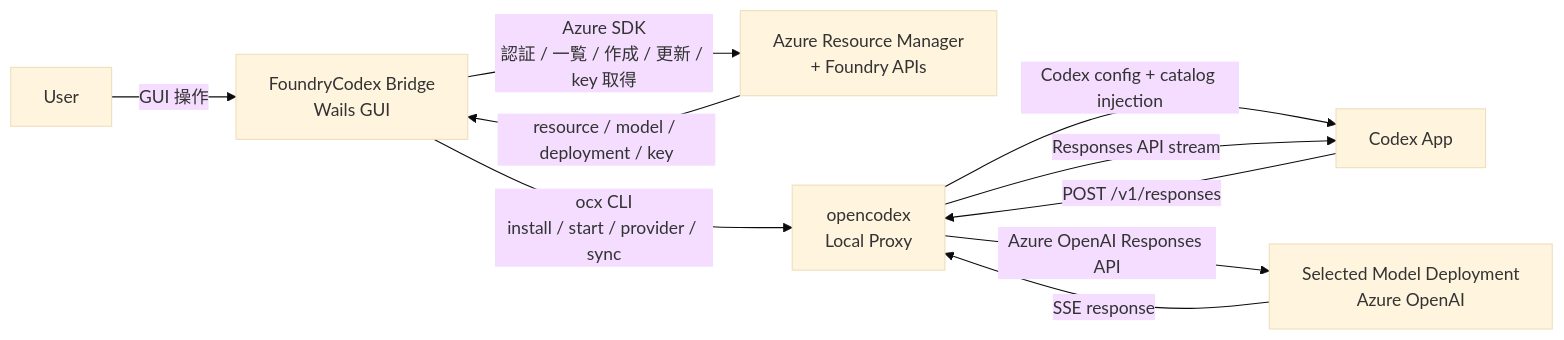
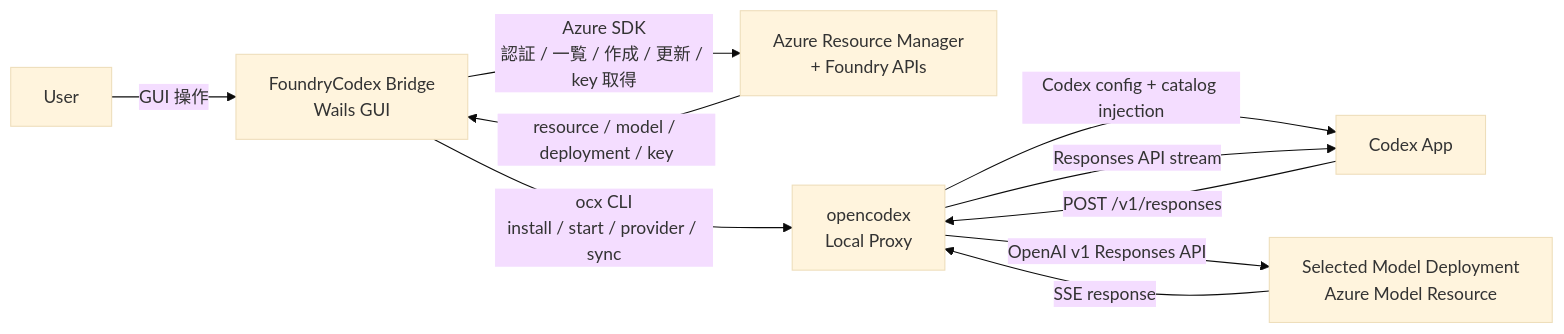
One commit to nuitsjp/foundry-codex-bridge changed the first of 2 diagrams in docs/architecture.md. Above: the diagram before and after it, drawn with Mermaid (base theme). The commit also changed other lines of this file and 47 other files, not shown here.

````diff
--- a/docs/architecture.md
+++ b/docs/architecture.md
@@ -21,22 +28,22 @@
 ```mermaid
 flowchart LR
     user["User"]
     bridge["FoundryCodex Bridge<br/>Wails GUI"]
     azure["Azure Resource Manager<br/>+ Foundry APIs"]
     ocx["opencodex<br/>Local Proxy"]
     codex["Codex App"]
-    deployment["Selected Model Deployment<br/>Azure OpenAI"]
+    deployment["Selected Model Deployment<br/>Azure Model Resource"]
 
     user -->|"GUI 操作"| bridge
 
     bridge -->|"Azure SDK<br/>認証 / 一覧 / 作成 / 更新 / key 取得"| azure
     azure -->|"resource / model / deployment / key"| bridge
 
     bridge -->|"ocx CLI<br/>install / start / provider / sync"| ocx
     ocx -->|"Codex config + catalog injection"| codex
 
     codex -->|"POST /v1/responses"| ocx
-    ocx -->|"Azure OpenAI Responses API"| deployment
+    ocx -->|"OpenAI v1 Responses API"| deployment
     deployment -->|"SSE response"| ocx
     ocx -->|"Responses API stream"| codex
 ```
````
